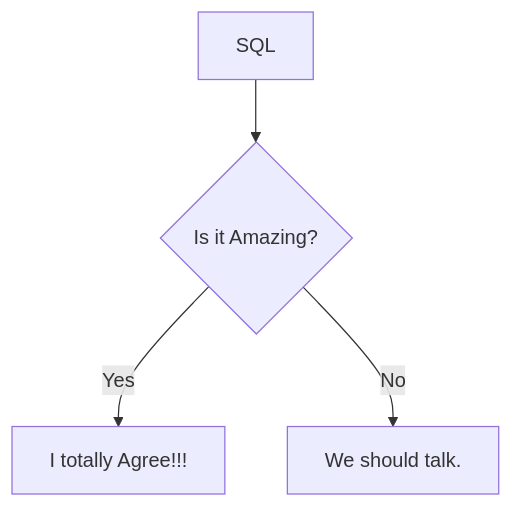
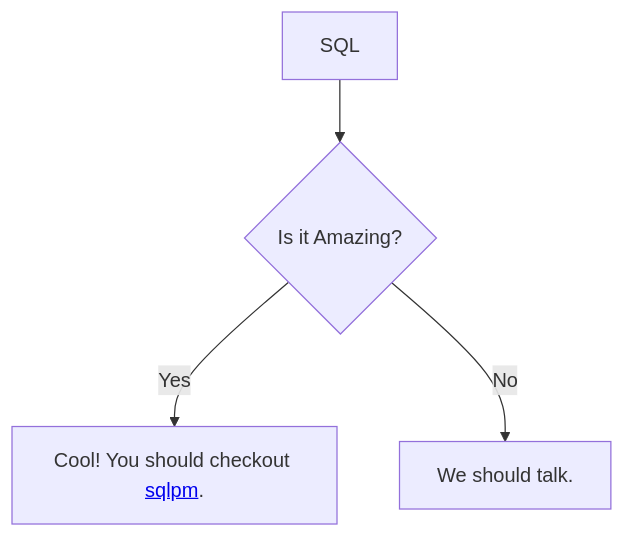
The diagram in README.md (erichosick/erichosick), drawn with Mermaid before and after one commit.

````diff
--- a/README.md
+++ b/README.md
@@ -3,6 +3,6 @@
 ```mermaid
   graph TD;
     A[SQL]-->B{Is it Amazing?};
-    B -- Yes -->C[I totally Agree!!!];
+    B -- Yes -->C[Cool! You should checkout <a href='https://github.com/erichosick/sqlpm/tree/main/packages/sqlpm'>sqlpm</a>.];
     B -- No --> D[We should talk.];
 ```
````
